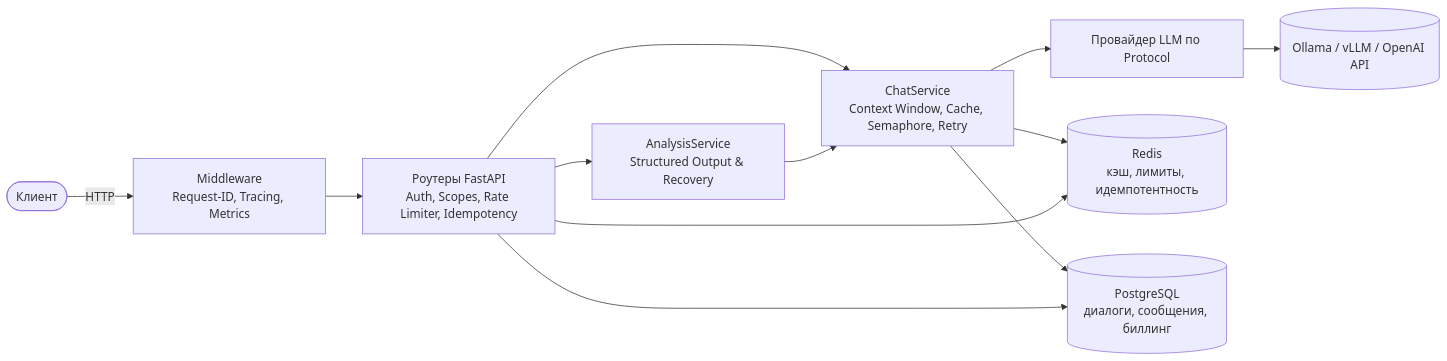
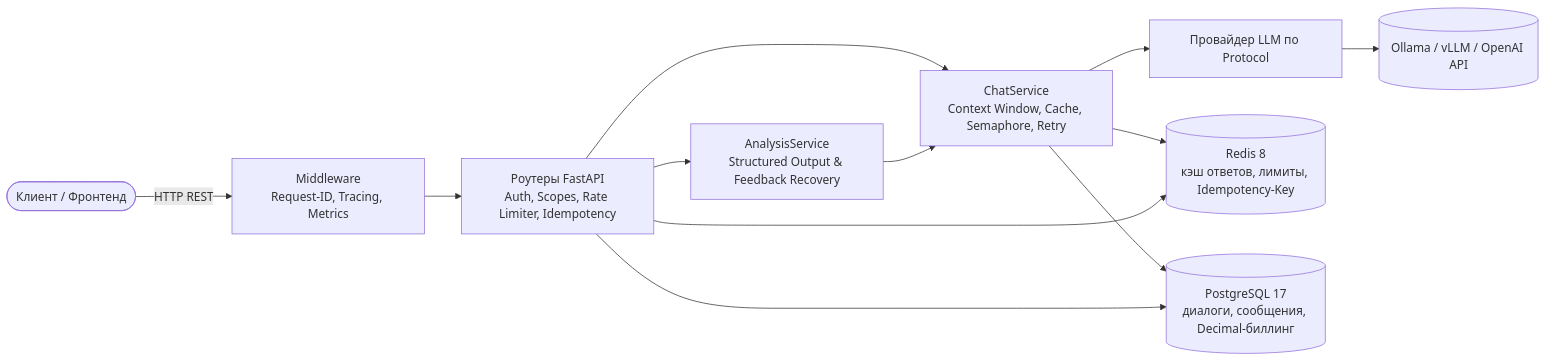
One commit to DelixeamI/llm-chat-api changed the diagram in README.md. Above: the diagram before and after it, drawn with Mermaid. The commit also changed other lines of this file, not shown here.

Commit message:
docs: polish README to 9-step industrial standard (problem, solution, architecture, evals, demo, quickstart)

````diff
--- a/README.md
+++ b/README.md
@@ -103,14 +37,14 @@
 ```mermaid
 flowchart LR
-    client([Клиент]) -->|HTTP| mw[Middleware<br/>Request-ID, Tracing, Metrics]
+    client([Клиент / Фронтенд]) -->|HTTP REST| mw[Middleware<br/>Request-ID, Tracing, Metrics]
     mw --> api[Роутеры FastAPI<br/>Auth, Scopes, Rate Limiter, Idempotency]
     api --> chat[ChatService<br/>Context Window, Cache, Semaphore, Retry]
-    api --> analysis[AnalysisService<br/>Structured Output & Recovery]
+    api --> analysis[AnalysisService<br/>Structured Output & Feedback Recovery]
     analysis --> chat
     chat --> provider[Провайдер LLM по Protocol]
     provider --> llm[(Ollama / vLLM / OpenAI API)]
-    chat --> redis[(Redis<br/>кэш, лимиты, идемпотентность)]
+    chat --> redis[(Redis 8<br/>кэш ответов, лимиты, Idempotency-Key)]
     api --> redis
-    chat --> pg[(PostgreSQL<br/>диалоги, сообщения, биллинг)]
+    chat --> pg[(PostgreSQL 17<br/>диалоги, сообщения, Decimal-биллинг)]
     api --> pg
 ```
````
